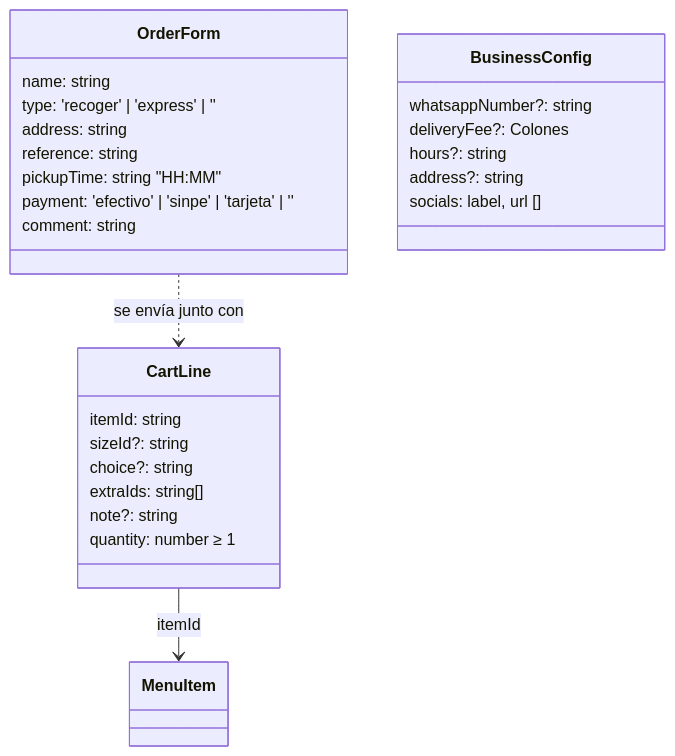
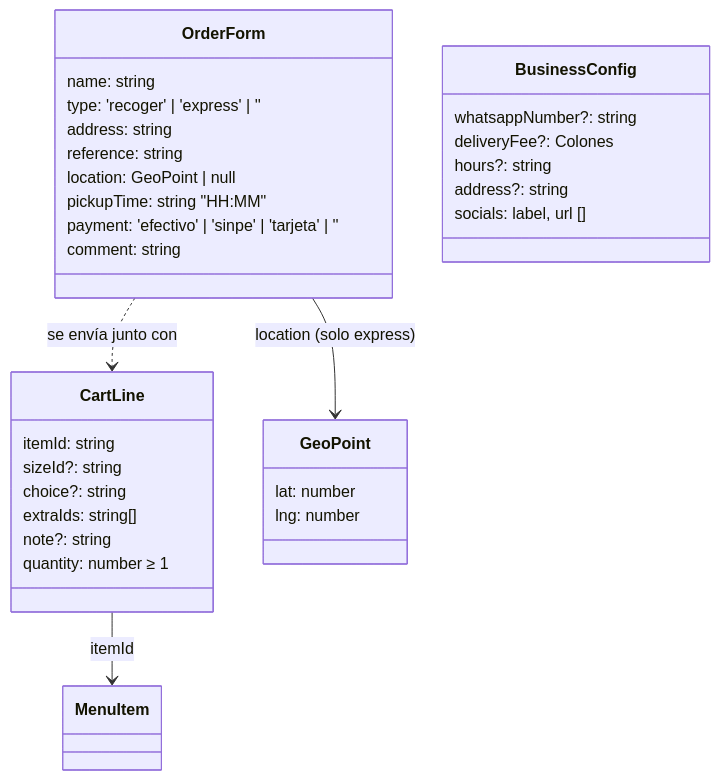
Before and after one commit to AlvaradoJos/kairos-menu: the fourth of 4 diagrams in docs/proyecto-final/03-diseno.md, drawn with Mermaid. The commit also changed other lines of this file and 14 other files, not shown here.

````diff
--- a/docs/proyecto-final/03-diseno.md
+++ b/docs/proyecto-final/03-diseno.md
@@ -236,29 +238,35 @@
 ```mermaid
 classDiagram
     class CartLine {
       itemId: string
       sizeId?: string
       choice?: string
       extraIds: string[]
       note?: string
       quantity: number ≥ 1
     }
     class OrderForm {
       name: string
       type: 'recoger' | 'express' | ''
       address: string
       reference: string
+      location: GeoPoint | null
       pickupTime: string  "HH:MM"
       payment: 'efectivo' | 'sinpe' | 'tarjeta' | ''
       comment: string
     }
     class BusinessConfig {
       whatsappNumber?: string
       deliveryFee?: Colones
       hours?: string
       address?: string
       socials: label, url []
     }
+    class GeoPoint {
+      lat: number
+      lng: number
+    }
+    OrderForm --> GeoPoint : location (solo express)
     CartLine --> MenuItem : itemId
     OrderForm ..> CartLine : se envía junto con
 ```
````
